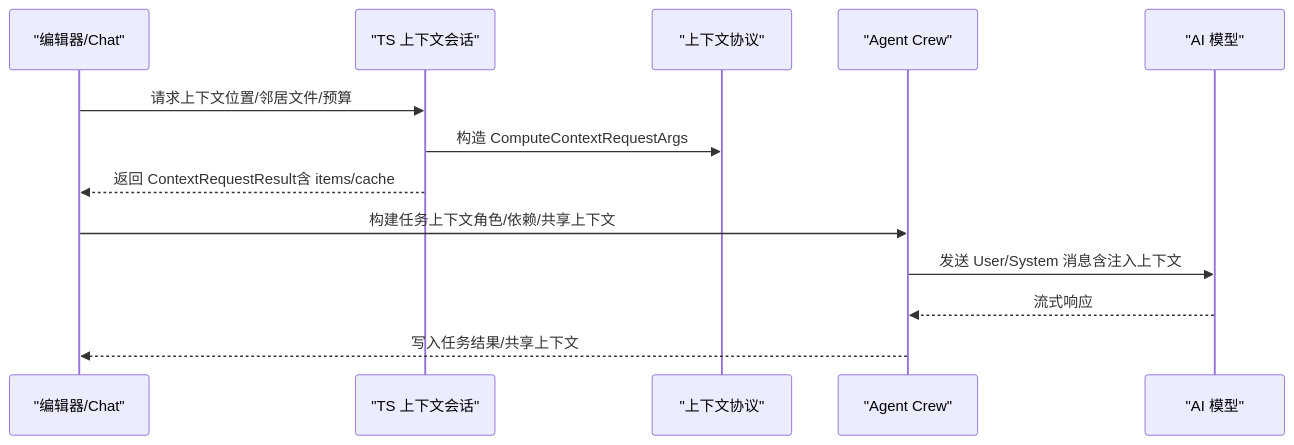
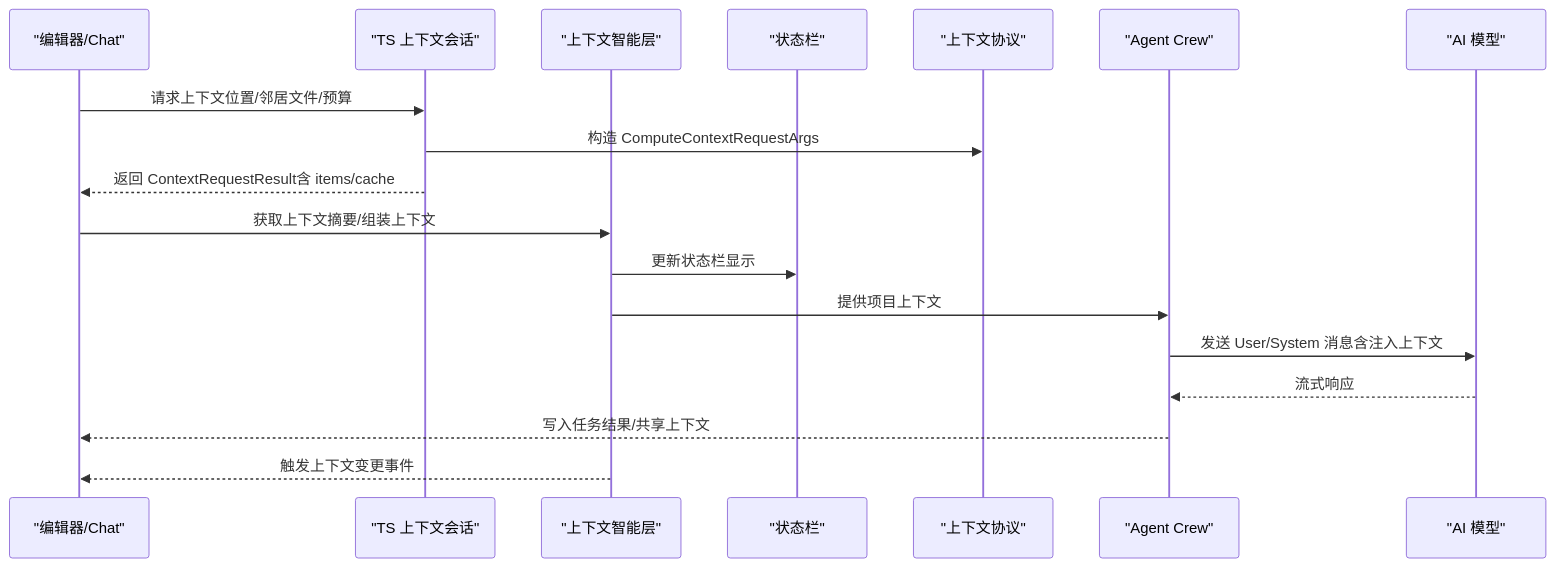
The second of 5 diagrams in .qoder/repowiki/zh/content/架构设计/Agent 操作系统架构/上下文管理机制.md (sofate798/KodrixCode), drawn with Mermaid before and after one commit. The commit also changed other lines of this file and 84 other files, not shown here.

````diff
--- a/.qoder/repowiki/zh/content/架构设计/Agent 操作系统架构/上下文管理机制.md
+++ b/.qoder/repowiki/zh/content/架构设计/Agent 操作系统架构/上下文管理机制.md
@@ -91,15 +134,20 @@
 ```mermaid
 sequenceDiagram
 participant UI as "编辑器/Chat"
 participant TS as "TS 上下文会话"
+participant CI as "上下文智能层"
+participant SB as "状态栏"
 participant PR as "上下文协议"
 participant CREW as "Agent Crew"
 participant MODEL as "AI 模型"
 UI->>TS : 请求上下文位置/邻居文件/预算
 TS->>PR : 构造 ComputeContextRequestArgs
 TS-->>UI : 返回 ContextRequestResult含 items/cache
-UI->>CREW : 构建任务上下文角色/依赖/共享上下文
+UI->>CI : 获取上下文摘要/组装上下文
+CI->>SB : 更新状态栏显示
+CI->>CREW : 提供项目上下文
 CREW->>MODEL : 发送 User/System 消息含注入上下文
 MODEL-->>CREW : 流式响应
 CREW-->>UI : 写入任务结果/共享上下文
+CI-->>UI : 触发上下文变更事件
 ```
````
